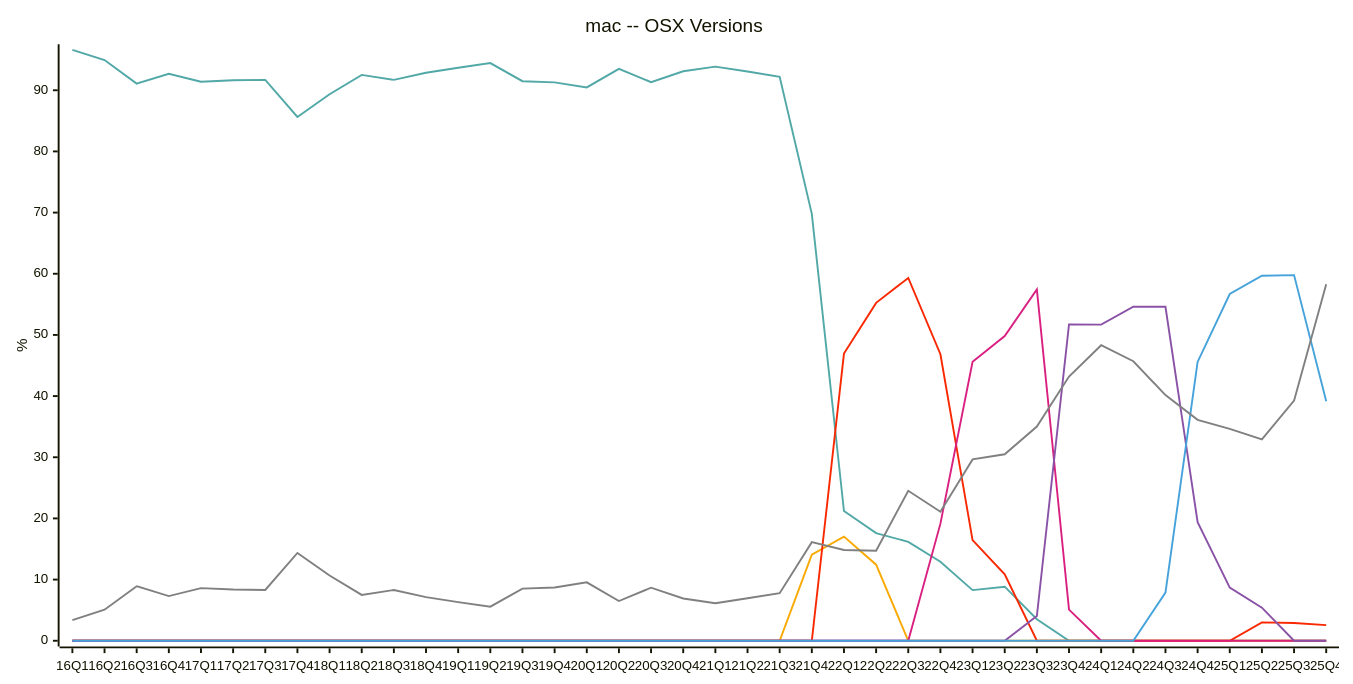
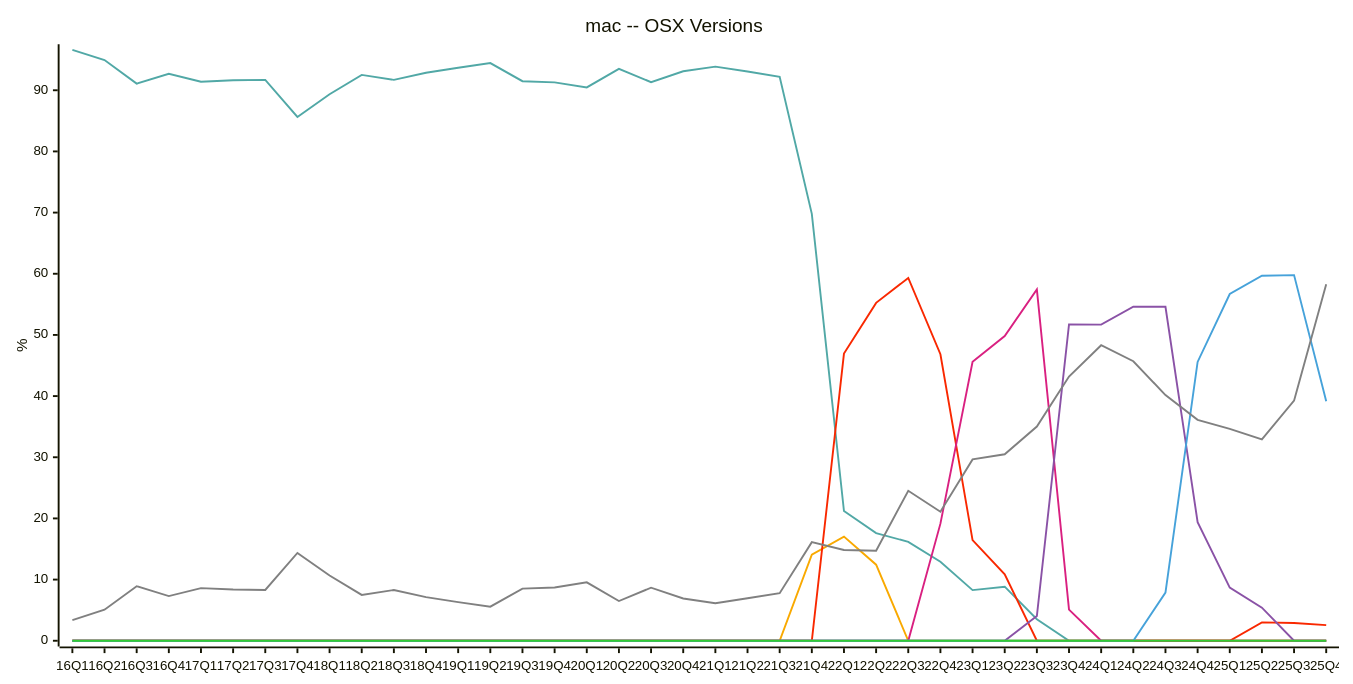
One commit to jdegene/steamHWsurvey changed diagram 14 of 23 in README.md. Above: the diagram before and after it, drawn with Mermaid. The commit also changed other lines of this file and 2 other files, not shown here.

Commit message:
added OSX 16

````diff
--- a/README.md
+++ b/README.md
@@ -459,25 +459,26 @@
 ```mermaid
 ---
 config:
     xyChart:
         width: 1400
         height: 700
         
     themeVariables:
         xyChart:
-            plotColorPalette: "#51a8a6,#f9a900,#f92800,#d92080,#8a52a6,#46a2da,#808080"
+            plotColorPalette: "#51a8a6,#f9a900,#f92800,#d92080,#8a52a6,#46a2da,#32CD32,#808080"
 
 --- 
 
 xychart-beta
     title "mac -- OSX Versions"
     x-axis [16Q1, 16Q2, 16Q3, 16Q4, 17Q1, 17Q2, 17Q3, 17Q4, 18Q1, 18Q2, 18Q3, 18Q4, 19Q1, 19Q2, 19Q3, 19Q4, 20Q1, 20Q2, 20Q3, 20Q4, 21Q1, 21Q2, 21Q3, 21Q4, 22Q1, 22Q2, 22Q3, 22Q4, 23Q1, 23Q2, 23Q3, 23Q4, 24Q1, 24Q2, 24Q3, 24Q4, 25Q1, 25Q2, 25Q3, 25Q4]
     y-axis "%" 
     line [96.60666666666667, 94.94000000000001, 91.09, 92.69666666666666, 91.4, 91.63333333333333, 91.69999999999999, 85.64, 89.34333333333333, 92.51499999999999, 91.70333333333333, 92.86666666666666, 93.67999999999999, 94.44, 91.48333333333333, 91.28666666666666, 90.46, 93.5, 91.325, 93.10000000000001, 93.85666666666667, 93.06, 92.21000000000001, 69.78999999999999, 21.2, 17.6, 16.17, 12.925, 8.28, 8.836666666666666, 3.51, 0, 0, 0, 0, 0, 0, 0, 0, 0]
     line [0, 0, 0, 0, 0, 0, 0, 0, 0, 0, 0, 0, 0, 0, 0, 0, 0, 0, 0, 0, 0, 0, 0, 14.09, 17.03, 12.44, 0, 0, 0, 0, 0, 0, 0, 0, 0, 0, 0, 0, 0, 0]
     line [0, 0, 0, 0, 0, 0, 0, 0, 0, 0, 0, 0, 0, 0, 0, 0, 0, 0, 0, 0, 0, 0, 0, 0, 46.945, 55.24, 59.32000000000001, 46.839999999999996, 16.465000000000003, 10.86, 0, 0, 0, 0, 0, 0, 0, 3.0, 2.91, 2.55]
     line [0, 0, 0, 0, 0, 0, 0, 0, 0, 0, 0, 0, 0, 0, 0, 0, 0, 0, 0, 0, 0, 0, 0, 0, 0, 0, 0, 19.145, 45.595, 49.82, 57.43000000000001, 5.09, 0, 0, 0, 0, 0, 0, 0, 0]
     line [0, 0, 0, 0, 0, 0, 0, 0, 0, 0, 0, 0, 0, 0, 0, 0, 0, 0, 0, 0, 0, 0, 0, 0, 0, 0, 0, 0, 0, 0, 4.04, 51.71, 51.68000000000001, 54.62666666666666, 54.59666666666667, 19.37333333333333, 8.683333333333334, 5.413333333333333, 0, 0]
     line [0, 0, 0, 0, 0, 0, 0, 0, 0, 0, 0, 0, 0, 0, 0, 0, 0, 0, 0, 0, 0, 0, 0, 0, 0, 0, 0, 0, 0, 0, 0, 0, 0, 0, 7.869999999999999, 45.58333333333333, 56.68333333333333, 59.66666666666667, 59.776666666666664, 39.17]
+    line [0, 0, 0, 0, 0, 0, 0, 0, 0, 0, 0, 0, 0, 0, 0, 0, 0, 0, 0, 0, 0, 0, 0, 0, 0, 0, 0, 0, 0, 0, 0, 0, 0, 0, 0, 0, 0, 0, 0, 0]
     line [3.38, 5.073333333333333, 8.92, 7.3, 8.61, 8.373333333333333, 8.3, 14.356666666666666, 10.673333333333336, 7.489999999999999, 8.296666666666667, 7.13, 6.3133333333333335, 5.57, 8.52, 8.709999999999999, 9.55, 6.49, 8.68, 6.905, 6.136666666666666, 6.946666666666666, 7.785, 16.12, 14.829999999999998, 14.719999999999999, 24.52, 21.085, 29.65, 30.493333333333332, 35.02, 43.205, 48.32, 45.7, 40.160000000000004, 36.11333333333333, 34.63666666666666, 32.92, 39.25333333333334, 58.28]
 ``` 
````
